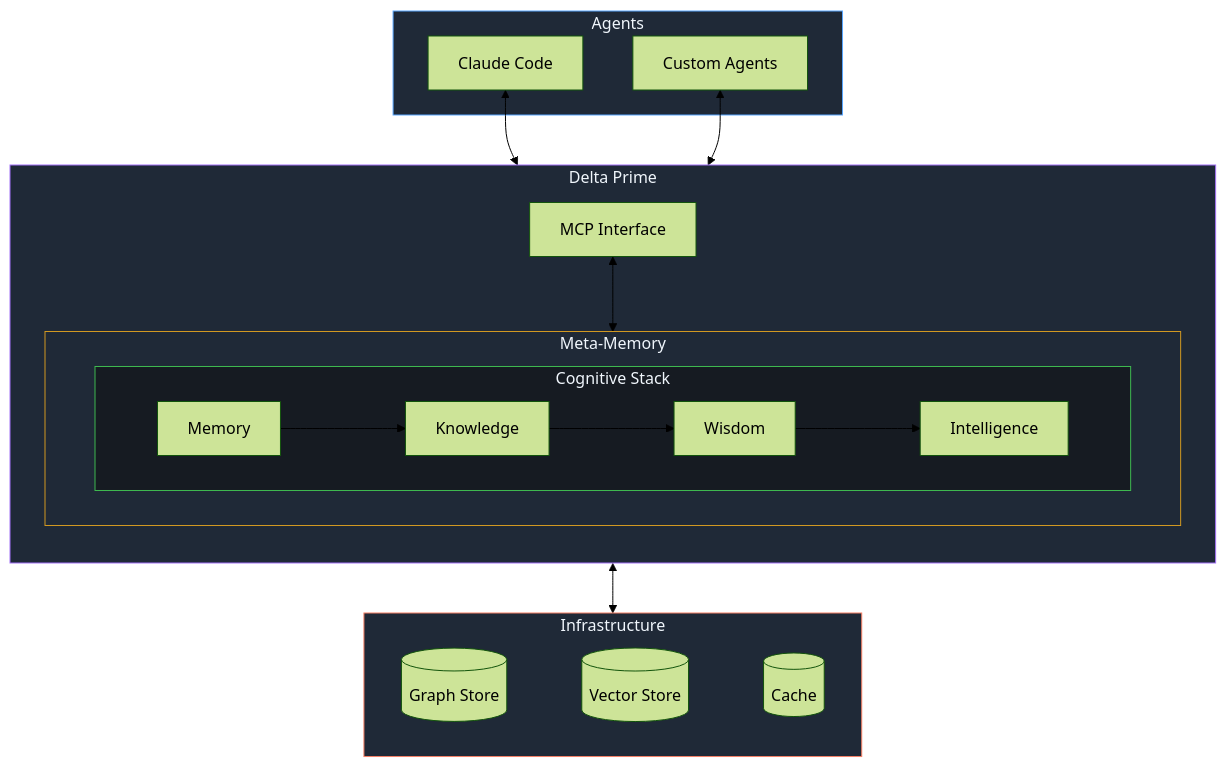
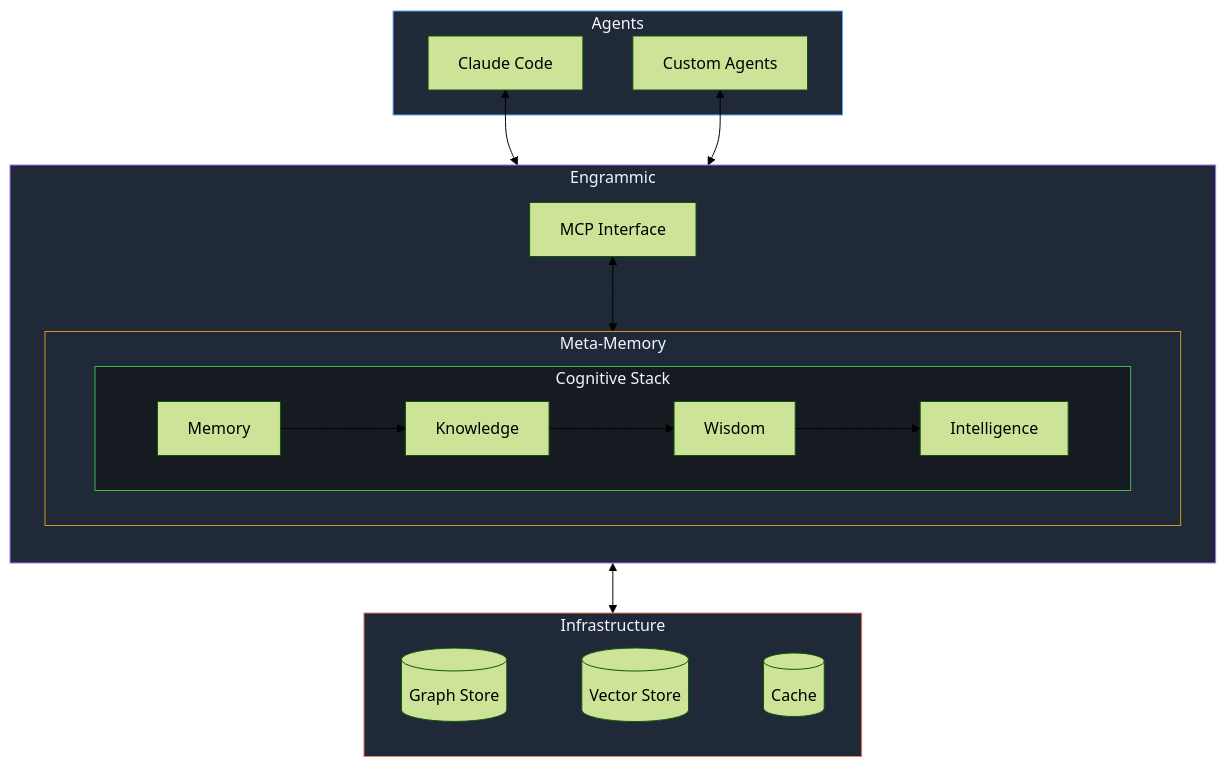
The sixth of 6 diagrams in profile/README.md (delta-prime/.github), drawn with Mermaid (forest theme) before and after one commit. The commit also changed other lines of this file and 1 other file, not shown here.

First line of the commit message:
rebrand to Engrammic with new taglines

````diff
--- a/profile/README.md
+++ b/profile/README.md
@@ -153,44 +153,44 @@
 ```mermaid
 flowchart TB
     subgraph AGENTS["Agents"]
         A1[Claude Code]
         A2[Custom Agents]
     end
 
-    subgraph DELTA["Delta Prime"]
+    subgraph DELTA["Engrammic"]
         direction TB
         
         subgraph META["&nbsp;&nbsp;Meta-Memory&nbsp;&nbsp;"]
             direction LR
             subgraph COGNITIVE["&nbsp;&nbsp;Cognitive Stack&nbsp;&nbsp;"]
                 direction LR
                 MEM[Memory]
                 KNOW[Knowledge]
                 WIS[Wisdom]
                 INTEL[Intelligence]
 
                 MEM --> KNOW
                 KNOW --> WIS
                 WIS --> INTEL
             end
         end
 
         API[MCP Interface]
     end
 
     subgraph INFRA["&nbsp;&nbsp;Infrastructure&nbsp;&nbsp;"]
         direction LR
         GR[(Graph Store)] ~~~ VE[(Vector Store)] ~~~ CA[(Cache)]
     end
 
     A1 <--> API
     A2 <--> API
     API <--> META
     META <--> INFRA
     
     style AGENTS fill:#1f2937,stroke:#58a6ff,color:#f0f6fc
     style DELTA fill:#1f2937,stroke:#a371f7,color:#f0f6fc
     style META fill:#1f2937,stroke:#d29922,color:#f0f6fc
     style COGNITIVE fill:#161b22,stroke:#3fb950,color:#f0f6fc
     style INFRA fill:#1f2937,stroke:#f78166,color:#f0f6fc
 ```
````
